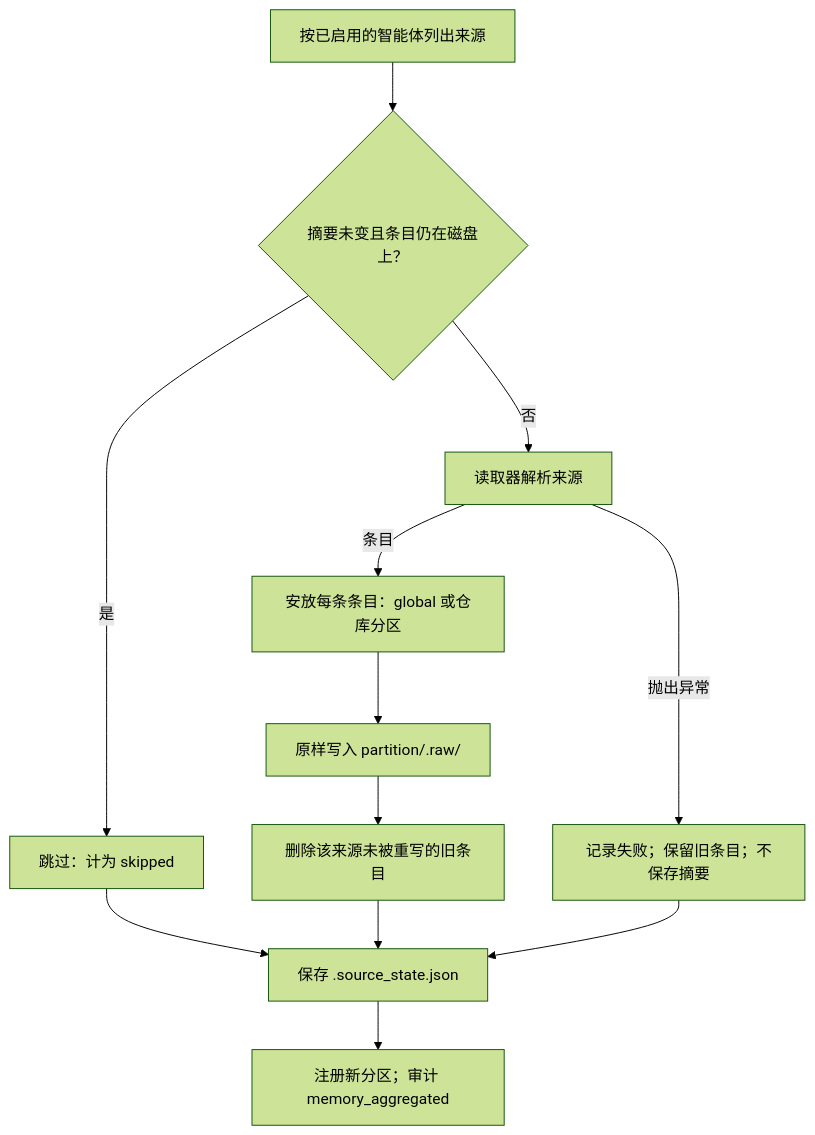
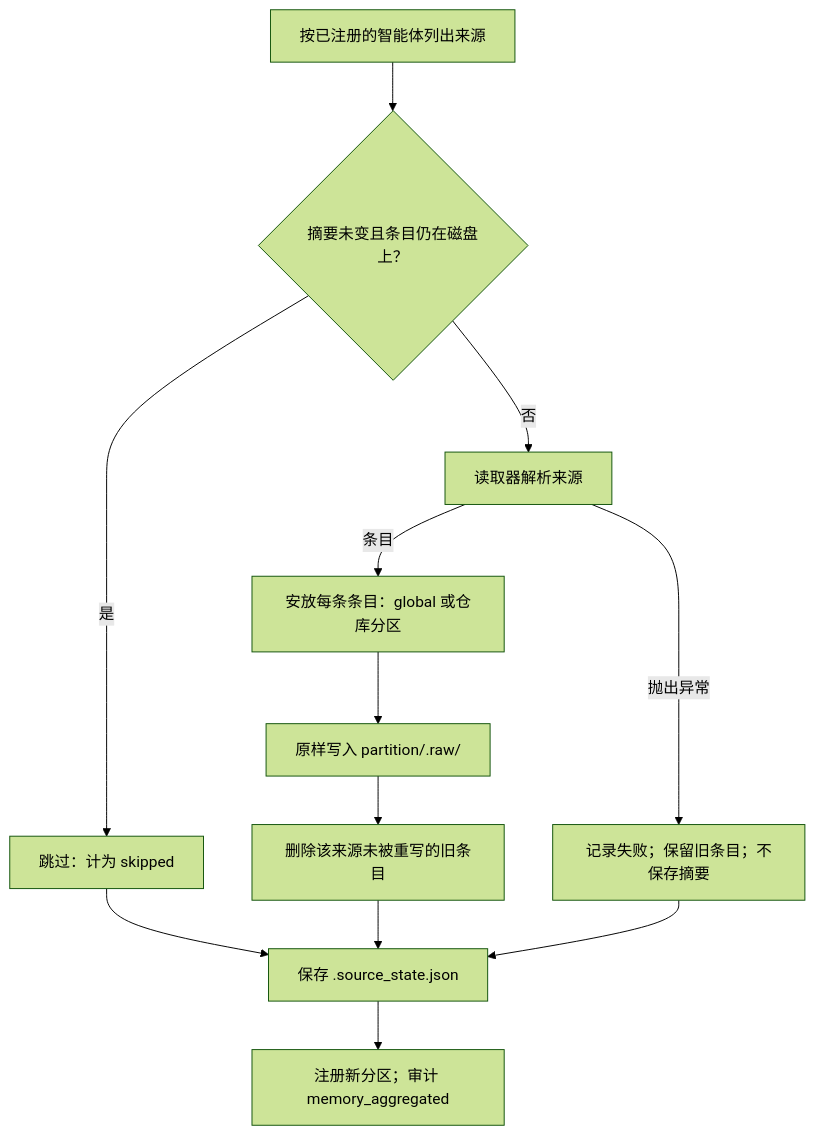
One commit to wyx-sg/Coffer changed the first of 4 diagrams in docs-site/zh/architecture/memory.md. Above: the diagram before and after it, drawn with Mermaid (forest theme). The commit also changed other lines of this file and 129 other files, not shown here.

````diff
--- a/docs-site/zh/architecture/memory.md
+++ b/docs-site/zh/architecture/memory.md
@@ -122,14 +122,14 @@
 ```mermaid
 flowchart TD
-  A["按已启用的智能体列出来源"] --> B{"摘要未变且条目仍在磁盘上？"}
+  A["按已注册的智能体列出来源"] --> B{"摘要未变且条目仍在磁盘上？"}
   B -- 是 --> S["跳过：计为 skipped"]
   B -- 否 --> R["读取器解析来源"]
   R -- 抛出异常 --> F["记录失败；保留旧条目；不保存摘要"]
   R -- 条目 --> P["安放每条条目：global 或仓库分区"]
   P --> W["原样写入 partition/.raw/"]
   W --> D["删除该来源未被重写的旧条目"]
   S --> X["保存 .source_state.json"]
   D --> X
   F --> X
   X --> Y["注册新分区；审计 memory_aggregated"]
 ```
````
